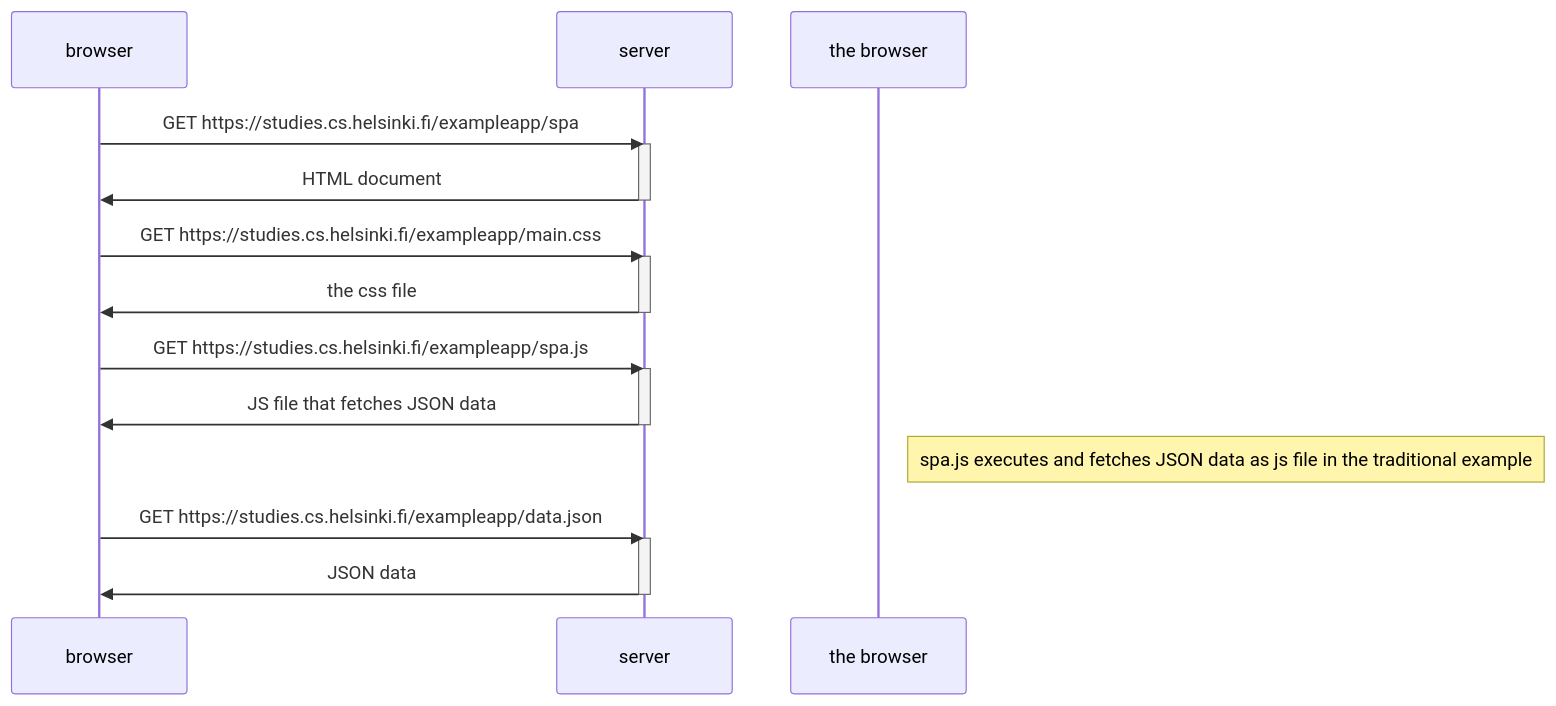
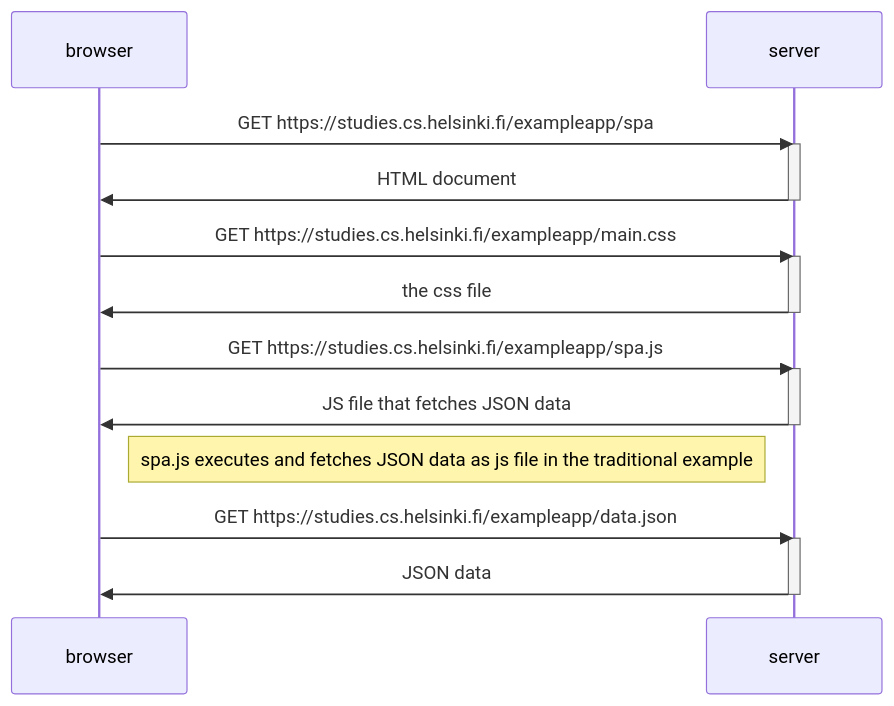
Before and after one commit to Reignu/fullstackopen: the diagram in part0/ex5.md, drawn with Mermaid.

Commit message:
Update ex5.md
Remove the to fix diagram

````diff
--- a/part0/ex5.md
+++ b/part0/ex5.md
@@ -3,27 +3,27 @@
 ```mermaid
   sequenceDiagram
     participant browser
     participant server
   
     browser->>server: GET https://studies.cs.helsinki.fi/exampleapp/spa
     activate server
     server->>browser: HTML document
     deactivate server
   
     browser->>server: GET https://studies.cs.helsinki.fi/exampleapp/main.css
     activate server
     server->>browser: the css file
     deactivate server
   
     browser->>server: GET https://studies.cs.helsinki.fi/exampleapp/spa.js
     activate server
     server->>browser: JS file that fetches JSON data
     deactivate server
   
-    Note right of the browser: spa.js executes and fetches JSON data as js file in the traditional example
+    Note right of browser: spa.js executes and fetches JSON data as js file in the traditional example
   
     browser->>server: GET https://studies.cs.helsinki.fi/exampleapp/data.json
     activate server
     server->>browser: JSON data
     deactivate server
 ```
````
